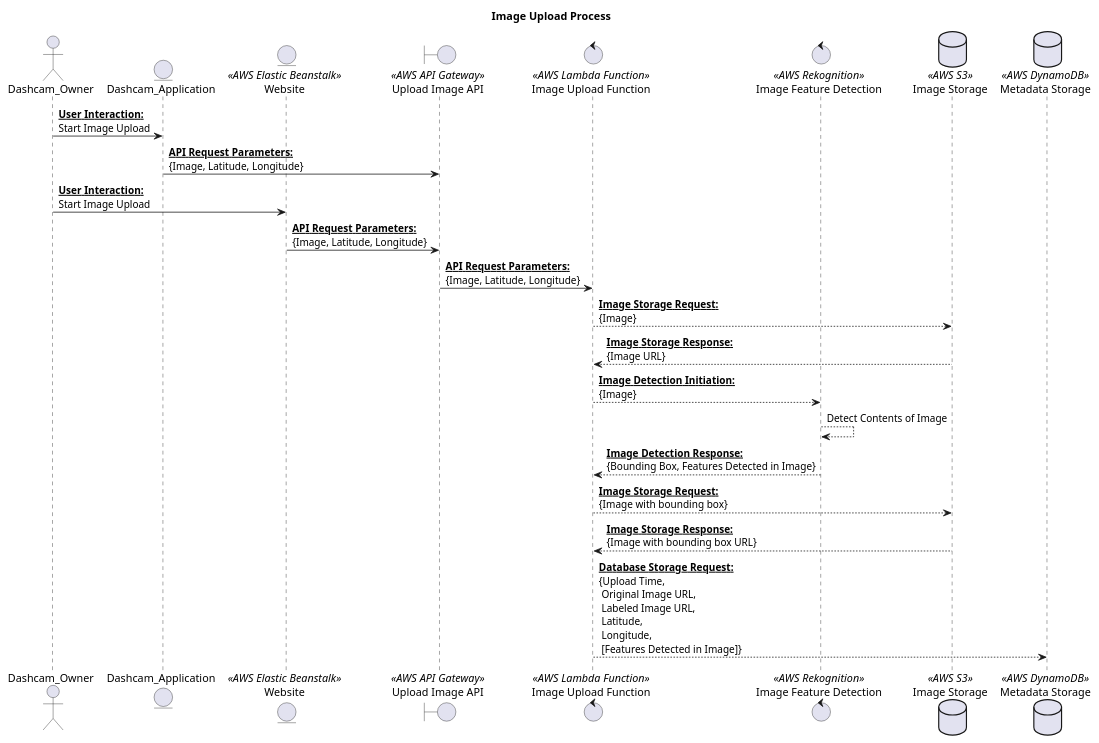
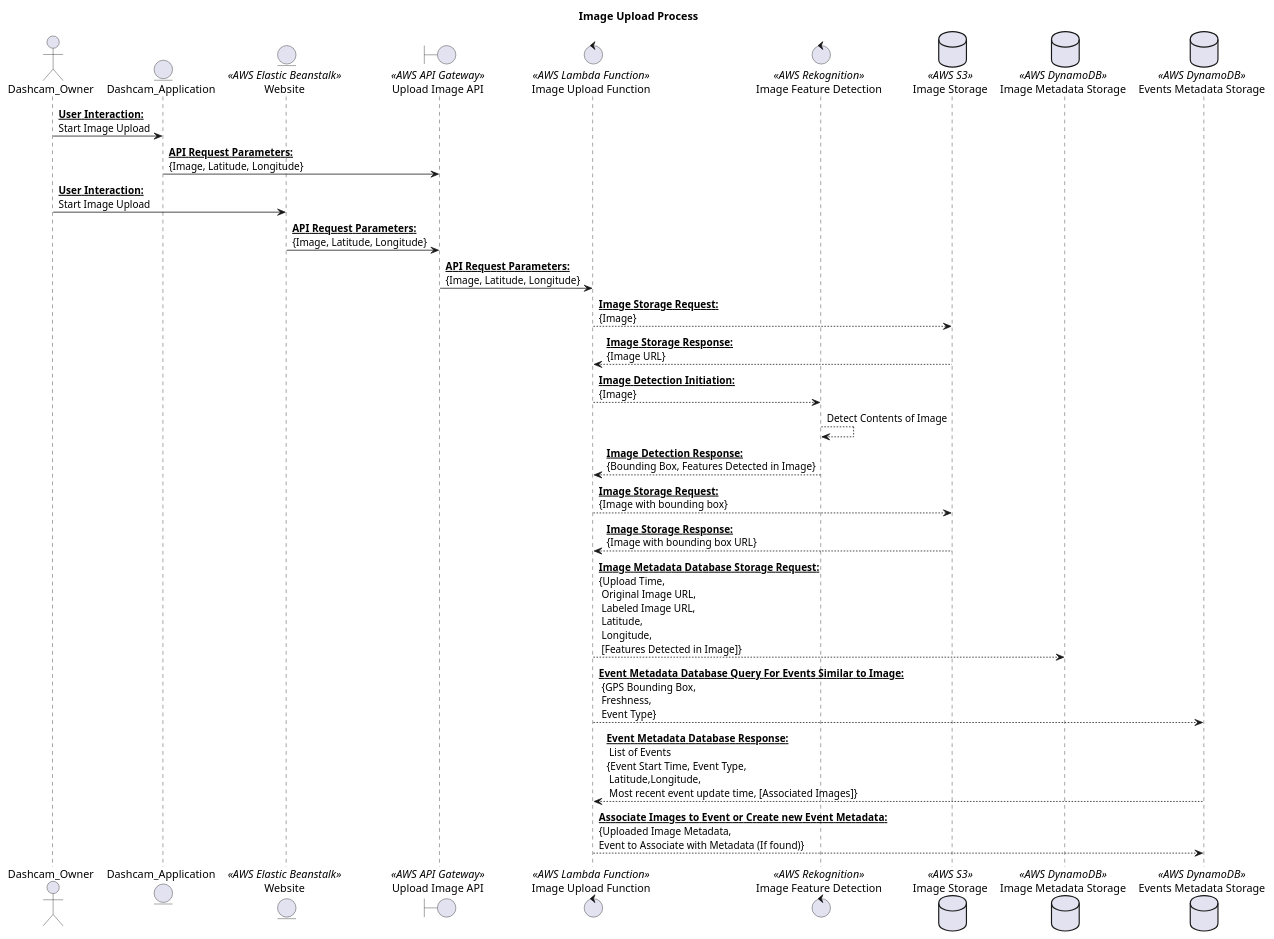
The diagram in sequence_diagrams/imaged_pushed_to_API_Sequence.wsd (mikebowyer/ECE528_Project), drawn with PlantUML before and after one commit. The commit also changed 1 other file, not shown here.

Commit message:
Updated sequence diagrams now including event detection on upload API

```diff
--- a/sequence_diagrams/imaged_pushed_to_API_Sequence.wsd
+++ b/sequence_diagrams/imaged_pushed_to_API_Sequence.wsd
@@ -1,27 +1,33 @@
 @startuml
 title Image Upload Process
 
 actor       Dashcam_Owner 
 entity      Dashcam_Application
 entity      "Website" as Website << AWS Elastic Beanstalk>>
 boundary    "Upload Image API" as Image_Upload_API << AWS API Gateway >>
 control     "Image Upload Function" as Lambda_Upload_Function << AWS Lambda Function >>
 control     "Image Feature Detection" as AWS_Rekognition << AWS Rekognition >>
 database    "Image Storage" as AWS_S3 << AWS S3 >>
-database    "Metadata Storage" as AWS_DynamoDB << AWS DynamoDB >>
+database    "Image Metadata Storage" as Imgs_AWS_DynamoDB << AWS DynamoDB >>
+database    "Events Metadata Storage" as Events_AWS_DynamoDB << AWS DynamoDB >>
 
 Dashcam_Owner -> Dashcam_Application: __**User Interaction:**__\nStart Image Upload
 Dashcam_Application -> Image_Upload_API: __**API Request Parameters:**__\n{Image, Latitude, Longitude}
 Dashcam_Owner -> Website: __**User Interaction:**__\nStart Image Upload
 Website -> Image_Upload_API: __**API Request Parameters:**__\n{Image, Latitude, Longitude}
 Image_Upload_API -> Lambda_Upload_Function: __**API Request Parameters:**__\n{Image, Latitude, Longitude}
 Lambda_Upload_Function --> AWS_S3: __**Image Storage Request:**__\n{Image}
 Lambda_Upload_Function <-- AWS_S3: __**Image Storage Response:**__\n{Image URL}
 Lambda_Upload_Function --> AWS_Rekognition: __**Image Detection Initiation:**__\n{Image}
 AWS_Rekognition --> AWS_Rekognition: Detect Contents of Image
 AWS_Rekognition --> Lambda_Upload_Function: __**Image Detection Response:**__\n{Bounding Box, Features Detected in Image}
 Lambda_Upload_Function --> AWS_S3: __**Image Storage Request:**__\n{Image with bounding box}
 Lambda_Upload_Function <-- AWS_S3: __**Image Storage Response:**__\n{Image with bounding box URL}
-Lambda_Upload_Function --> AWS_DynamoDB: __**Database Storage Request:**__\n{Upload Time,\n Original Image URL,\n Labeled Image URL,\n Latitude,\n Longitude,\n [Features Detected in Image]}
+Lambda_Upload_Function --> Imgs_AWS_DynamoDB: __**Image Metadata Database Storage Request:**__\n{Upload Time,\n Original Image URL,\n Labeled Image URL,\n Latitude,\n Longitude,\n [Features Detected in Image]}
+
+' Event querying
+Lambda_Upload_Function --> Events_AWS_DynamoDB: __**Event Metadata Database Query For Events Similar to Image:**__\n {GPS Bounding Box,\n Freshness,\n Event Type}
+Events_AWS_DynamoDB --> Lambda_Upload_Function: __**Event Metadata Database Response:**__\n List of Events\n{Event Start Time, Event Type,\n Latitude,Longitude,\n Most recent event update time, [Associated Images]}
+Lambda_Upload_Function --> Events_AWS_DynamoDB: __**Associate Images to Event or Create new Event Metadata:**__ \n{Uploaded Image Metadata, \nEvent to Associate with Metadata (If found)}
 
 @enduml
```
